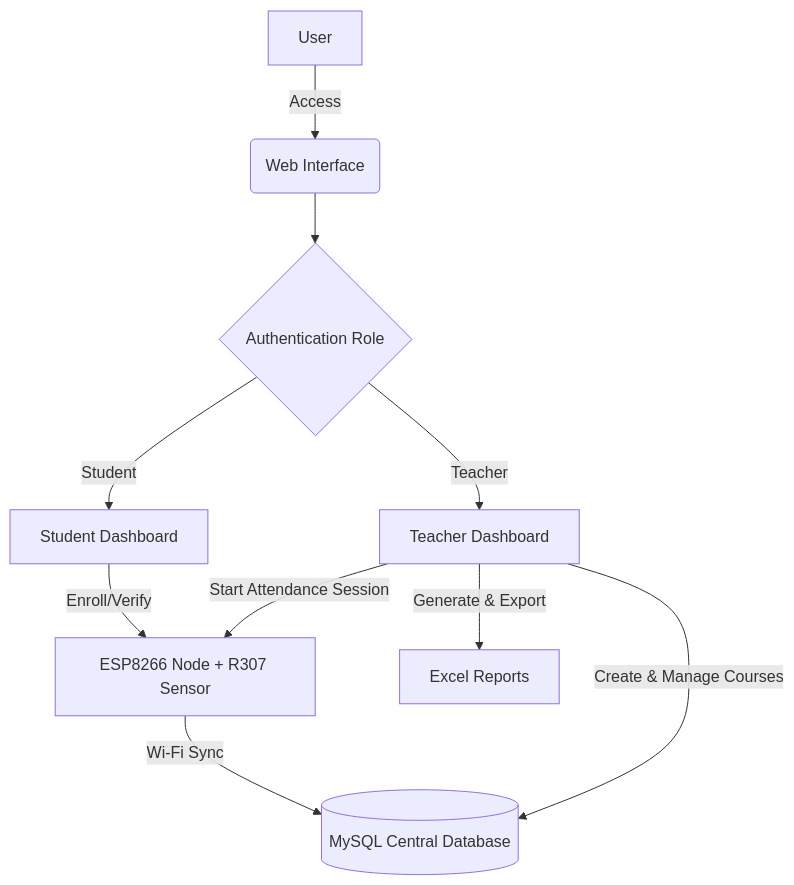
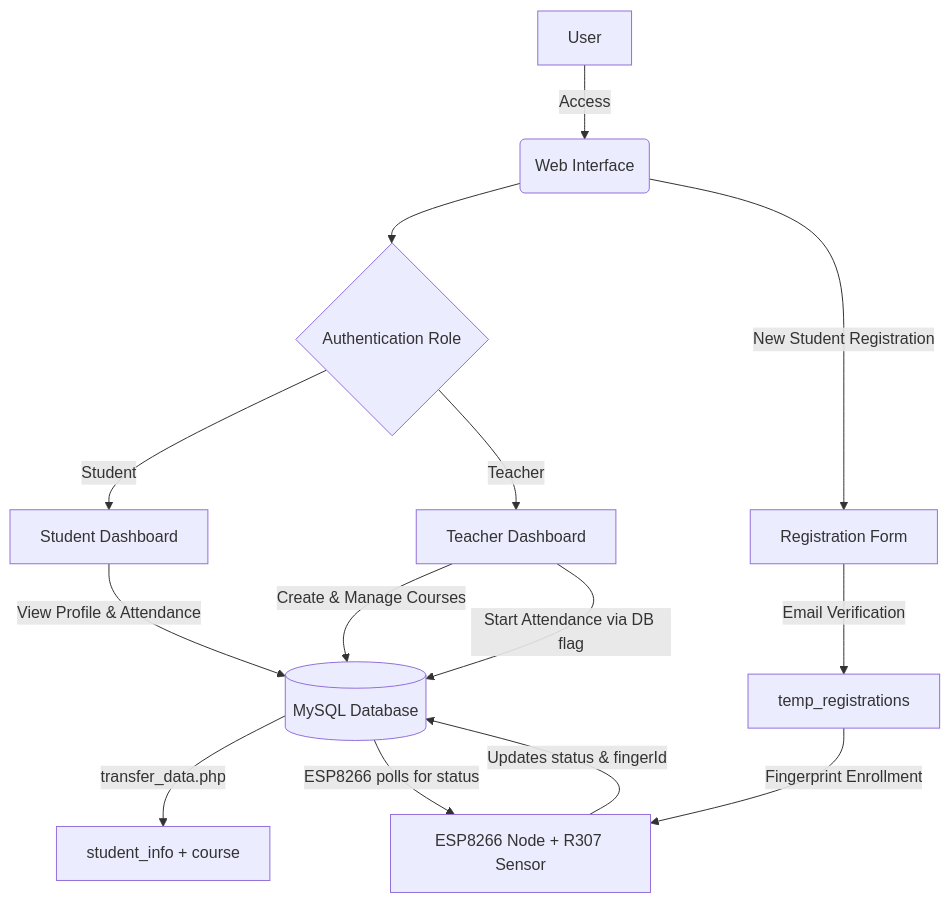
One commit to avishek-sarkar/Biometric-Attendance-System changed the first of 2 diagrams in README.md. Above: the diagram before and after it, drawn with Mermaid. The commit also changed other lines of this file, not shown here.

````diff
--- a/README.md
+++ b/README.md
@@ -34,14 +34,19 @@
 ```mermaid
 graph TD
     A[User] -->|Access| B(Web Interface)
     B --> C{Authentication Role}
     C -->|Student| D[Student Dashboard]
     C -->|Teacher| E[Teacher Dashboard]
     
-    D -->|Enroll/Verify| F[ESP8266 Node + R307 Sensor]
-    F -->|Wi-Fi Sync| G[(MySQL Central Database)]
-    
+    B -->|New Student Registration| I[Registration Form]
+    I -->|Email Verification| J[temp_registrations]
+    J -->|Fingerprint Enrollment| F[ESP8266 Node + R307 Sensor]
+    F -->|Updates status & fingerId| G[(MySQL Database)]
+    G -->|transfer_data.php| K[student_info + course]
+
+    D -->|View Profile & Attendance| G
+
     E -->|Create & Manage Courses| G
-    E -->|Start Attendance Session| F
-    E -->|Generate & Export| H[Excel Reports]
+    E -->|Start Attendance via DB flag| G
+    G -->|ESP8266 polls for status| F
 ```
````
